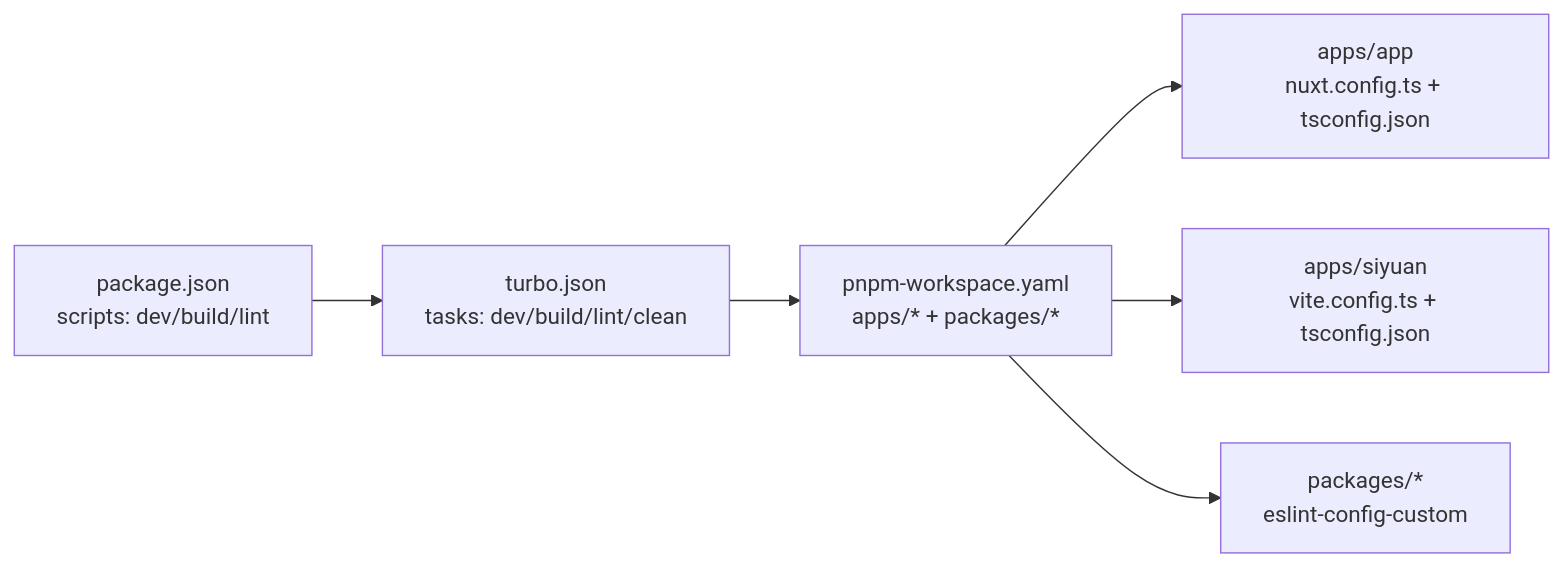
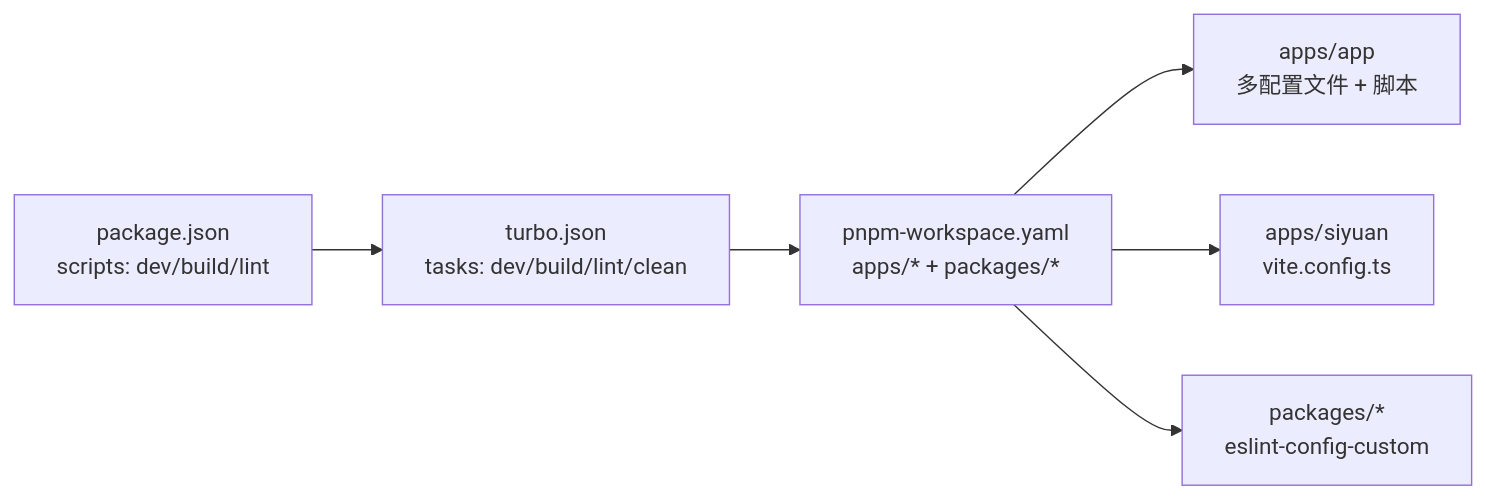
Before and after one commit to terwer/siyuan-plugin-blog: the fifth of 8 diagrams in .qoder/repowiki/zh/content/开发者指南/开发者指南.md, drawn with Mermaid. The commit also changed other lines of this file and 20 other files, not shown here.

Commit message:
docs: update repowiki docs for app config and outline system

````diff
--- a/.qoder/repowiki/zh/content/开发者指南/开发者指南.md
+++ b/.qoder/repowiki/zh/content/开发者指南/开发者指南.md
@@ -277,8 +238,8 @@
 ```mermaid
 graph LR
 P["package.json<br/>scripts: dev/build/lint"] --> T["turbo.json<br/>tasks: dev/build/lint/clean"]
 T --> W["pnpm-workspace.yaml<br/>apps/* + packages/*"]
-W --> APP["apps/app<br/>nuxt.config.ts + tsconfig.json"]
-W --> SIY["apps/siyuan<br/>vite.config.ts + tsconfig.json"]
+W --> APP["apps/app<br/>多配置文件 + 脚本"]
+W --> SIY["apps/siyuan<br/>vite.config.ts"]
 W --> PKG["packages/*<br/>eslint-config-custom"]
 ```
````
